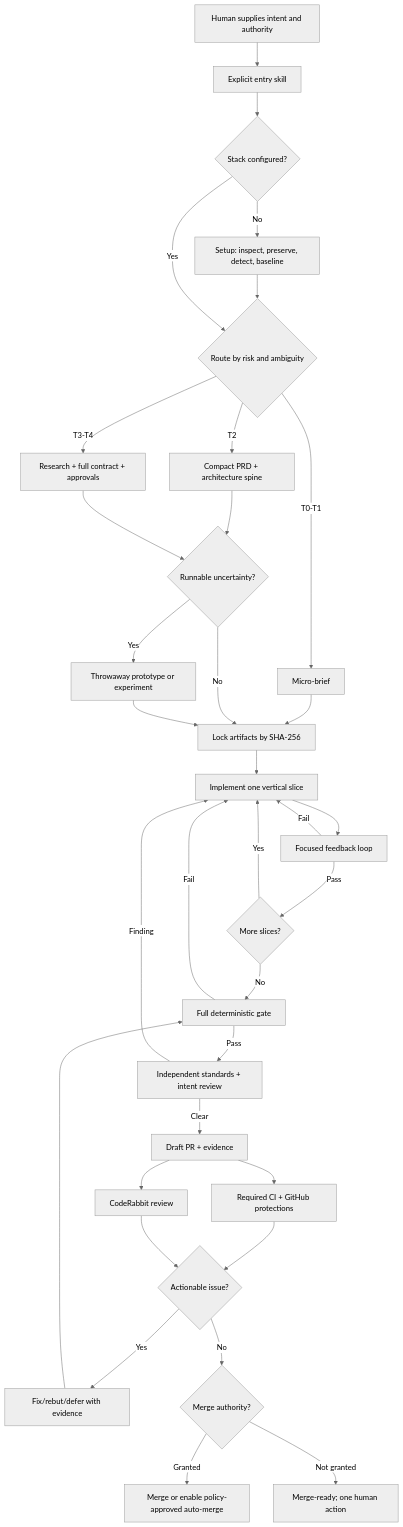
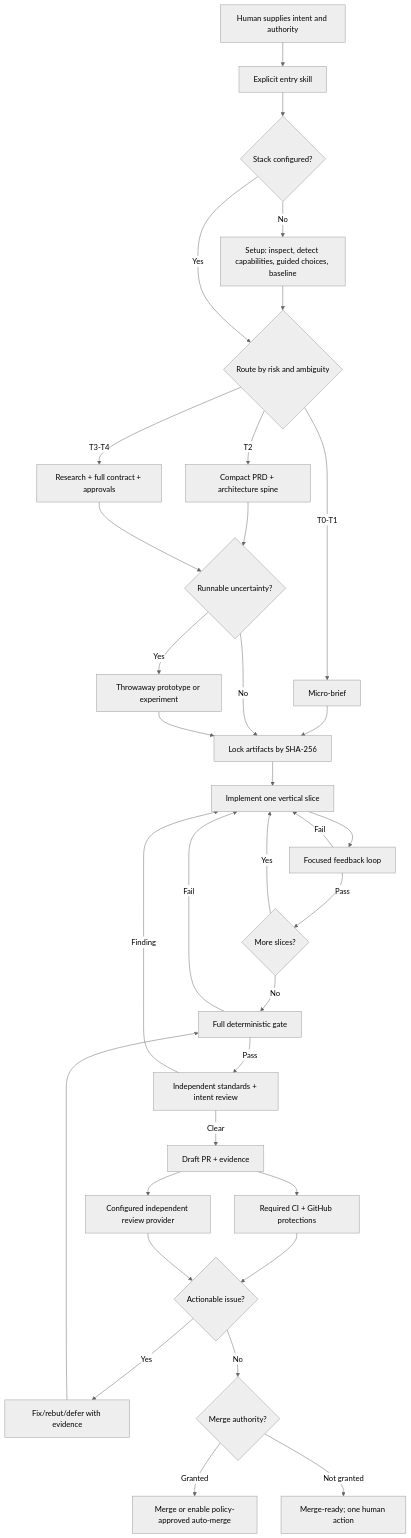
One commit to samtay32/ultimate-agent-stack changed the first of 2 diagrams in docs/ARCHITECTURE.md. Above: the diagram before and after it, drawn with Mermaid (neutral theme). The commit also changed other lines of this file and 45 other files, not shown here.

First line of the commit message:
Add guided provider-neutral adapters (#9)

````diff
--- a/docs/ARCHITECTURE.md
+++ b/docs/ARCHITECTURE.md
@@ -9,36 +9,36 @@
 ```mermaid
 flowchart TD
     U["Human supplies intent and authority"] --> E["Explicit entry skill"]
     E --> S{"Stack configured?"}
-    S -- "No" --> SET["Setup: inspect, preserve, detect, baseline"]
+    S -- "No" --> SET["Setup: inspect, detect capabilities, guided choices, baseline"]
     SET --> R
     S -- "Yes" --> R{"Route by risk and ambiguity"}
     R -->|T0-T1| M["Micro-brief"]
     R -->|T2| C["Compact PRD + architecture spine"]
     R -->|T3-T4| F["Research + full contract + approvals"]
     C --> P{"Runnable uncertainty?"}
     F --> P
     M --> L
     P -- "Yes" --> PRO["Throwaway prototype or experiment"]
     P -- "No" --> L["Lock artifacts by SHA-256"]
     PRO --> L
     L --> V["Implement one vertical slice"]
     V --> Q["Focused feedback loop"]
     Q -->|Fail| V
     Q -->|Pass| N{"More slices?"}
     N -- "Yes" --> V
     N -- "No" --> G["Full deterministic gate"]
     G -->|Fail| V
     G -->|Pass| A["Independent standards + intent review"]
     A -->|Finding| V
     A -->|Clear| PR["Draft PR + evidence"]
     PR --> CI["Required CI + GitHub protections"]
-    PR --> CR["CodeRabbit review"]
+    PR --> CR["Configured independent review provider"]
     CI --> D{"Actionable issue?"}
     CR --> D
     D -- "Yes" --> B["Fix/rebut/defer with evidence"]
     B --> G
     D -- "No" --> AUTH{"Merge authority?"}
     AUTH -- "Granted" --> DONE["Merge or enable policy-approved auto-merge"]
     AUTH -- "Not granted" --> READY["Merge-ready; one human action"]
 ```
````
